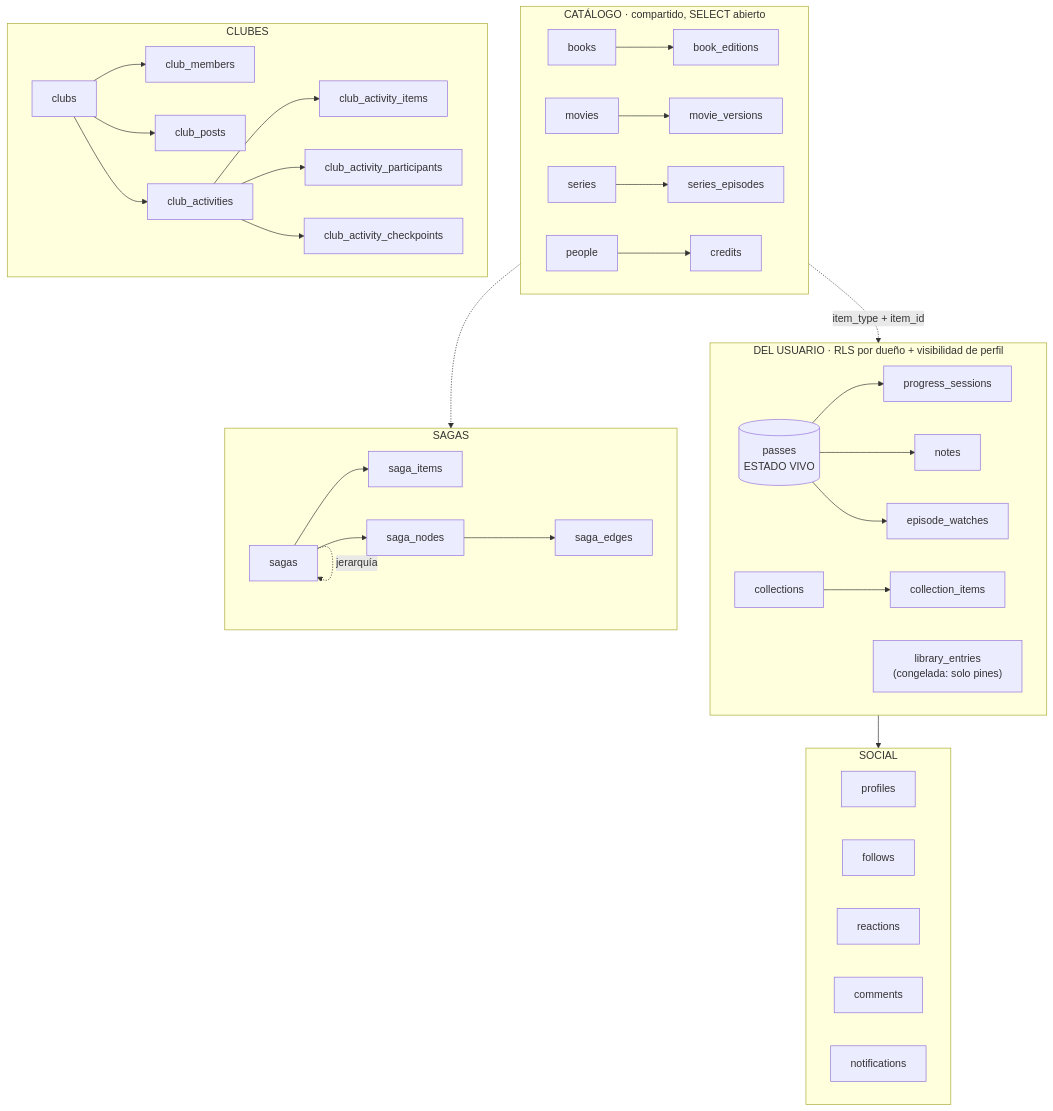
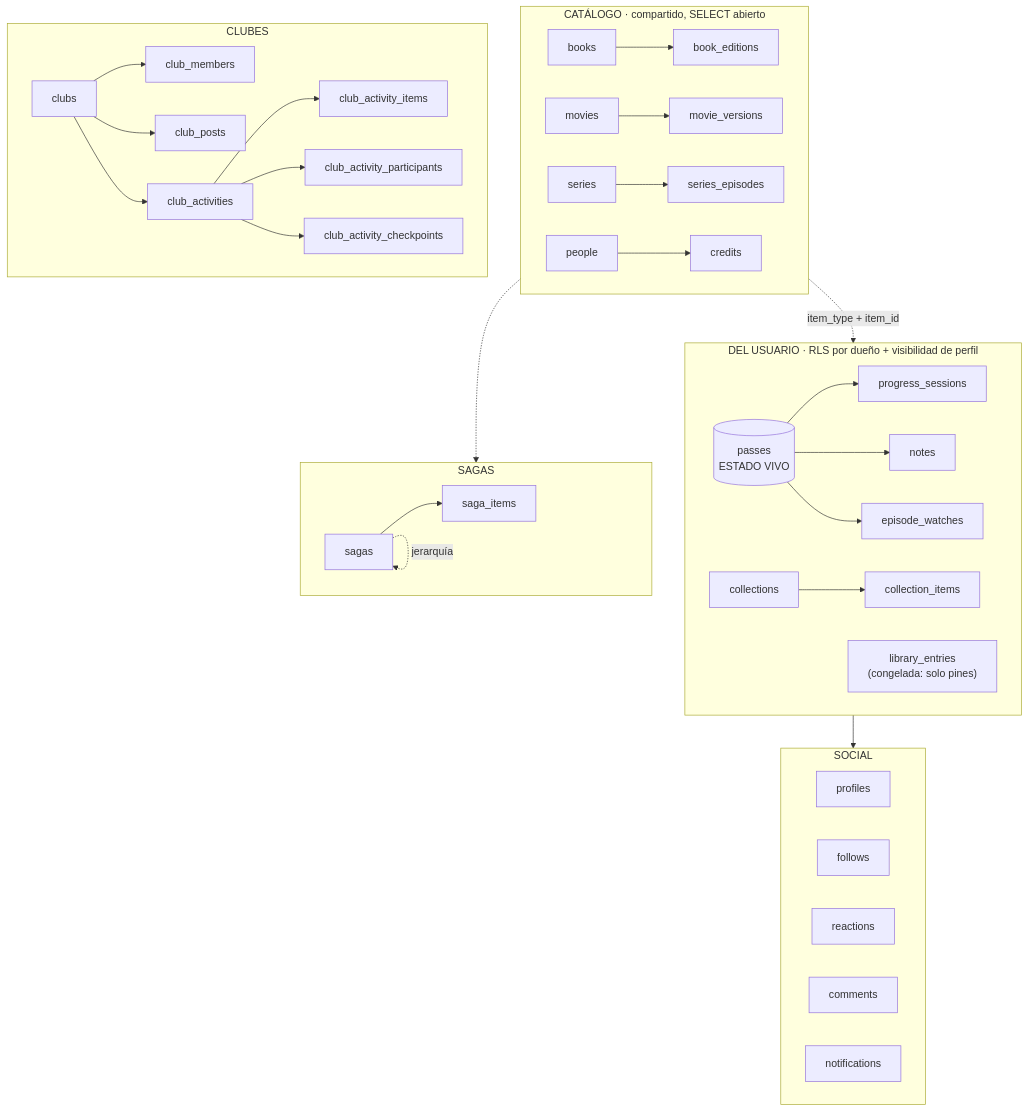
The diagram in docs/requirements/data-model.md (borjar20/Biblioshare), drawn with Mermaid before and after one commit. The commit also changed other lines of this file and 3 other files, not shown here.

First line of the commit message:
docs(sagas): sincronizar la doc con el DROP de saga_nodes/saga_edges

````diff
--- a/docs/requirements/data-model.md
+++ b/docs/requirements/data-model.md
@@ -36,42 +41,42 @@
 ```mermaid
 graph TB
     subgraph CAT["CATÁLOGO · compartido, SELECT abierto"]
         books[books]; movies[movies]; series[series]
         eds[book_editions]; vers[movie_versions]; eps[series_episodes]
         people[people]; credits[credits]
         books --> eds; movies --> vers; series --> eps
         people --> credits
     end
 
     subgraph USER["DEL USUARIO · RLS por dueño + visibilidad de perfil"]
         passes[("passes<br/>ESTADO VIVO")]
         sessions[progress_sessions]; notes[notes]; watches[episode_watches]
         libe["library_entries<br/>(congelada: solo pines)"]
         colls[collections]; ci[collection_items]
         passes --> sessions; passes --> notes; passes --> watches
         colls --> ci
     end
 
     subgraph SOCIAL["SOCIAL"]
         profiles[profiles]; follows[follows]
         reactions[reactions]; comments[comments]; notifs[notifications]
     end
 
     subgraph CLUBS["CLUBES"]
         clubs[clubs]; cm[club_members]; cp[club_posts]
         ca[club_activities]; cai[club_activity_items]
         cap[club_activity_participants]; cach[club_activity_checkpoints]
         clubs --> cm; clubs --> cp; clubs --> ca
         ca --> cai; ca --> cap; ca --> cach
     end
 
     subgraph SAGAS["SAGAS"]
-        sagas[sagas]; si[saga_items]; sn[saga_nodes]; se[saga_edges]
-        sagas --> si; sagas --> sn; sn --> se
+        sagas[sagas]; si[saga_items]
+        sagas --> si
         sagas -. jerarquía .-> sagas
     end
 
     CAT -. "item_type + item_id" .-> USER
     CAT -.-> SAGAS
     USER --> SOCIAL
 ```
````
